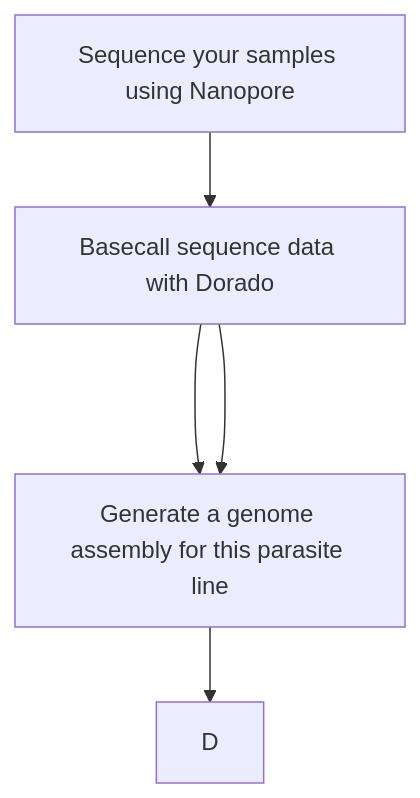
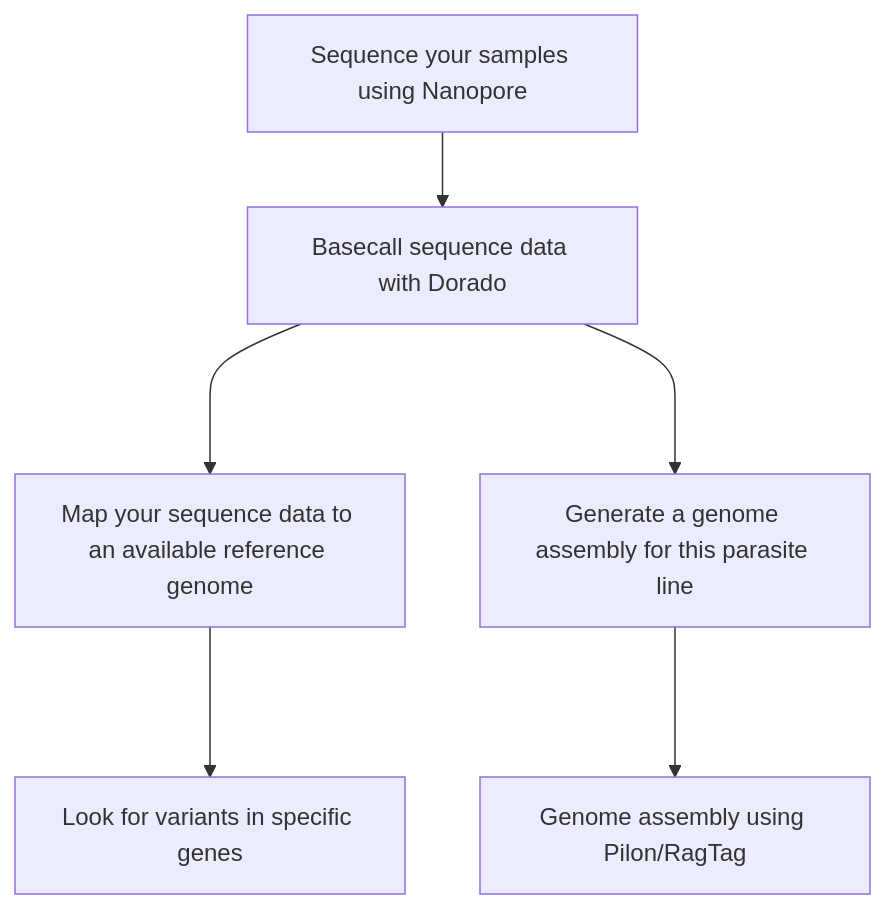
The diagram in README.md (amyibrahim/amyibrahim.github.io), drawn with Mermaid before and after one commit.

````diff
--- a/README.md
+++ b/README.md
@@ -34,7 +34,8 @@
 ```mermaid
 graph TD;
     A[Sequence your samples using Nanopore] --> B[Basecall sequence data with Dorado];
     B--->C[Map your sequence data to an available reference genome];
-    B-->C[Generate a genome assembly for this parasite line];
-    C-->D;
+    B--->D[Generate a genome assembly for this parasite line];
+    C ---> E[Look for variants in specific genes];
+    D ---> F[Genome assembly using Pilon/RagTag]
 ```
````
